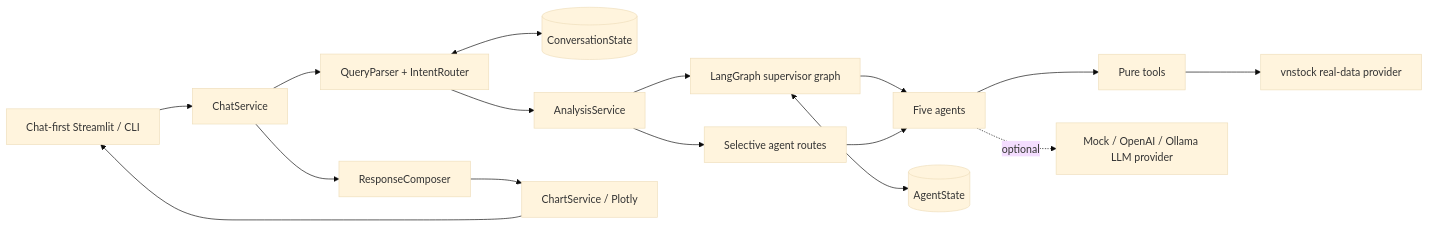
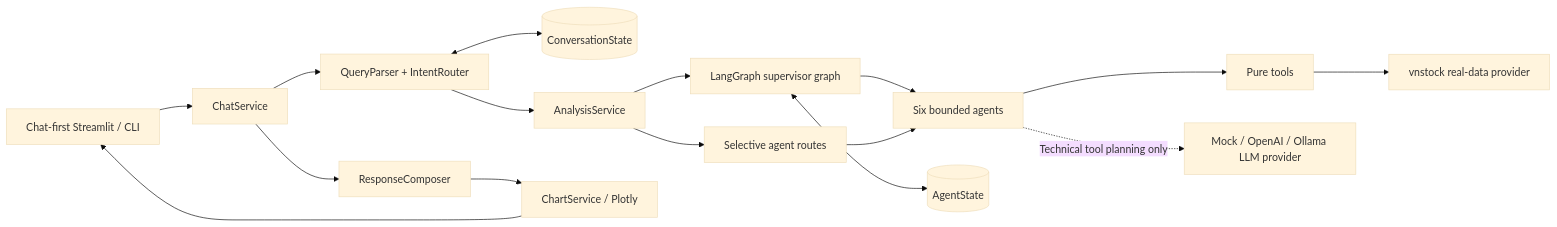
One commit to Dung1604005/vietnam-stock-research-agent changed the first of 2 diagrams in docs/architecture.md. Above: the diagram before and after it, drawn with Mermaid (base theme). The commit also changed other lines of this file and 27 other files, not shown here.

````diff
--- a/docs/architecture.md
+++ b/docs/architecture.md
@@ -7,18 +7,18 @@
 ```mermaid
 flowchart LR
     UI[Chat-first Streamlit / CLI] --> C[ChatService]
     C --> Q[QueryParser + IntentRouter]
     Q <--> M[(ConversationState)]
     Q --> S[AnalysisService]
     S --> G[LangGraph supervisor graph]
     S --> X[Selective agent routes]
-    G --> A[Five agents]
+    G --> A[Six bounded agents]
     X --> A
     A --> T[Pure tools]
     T --> P[vnstock real-data provider]
-    A -. optional .-> L[Mock / OpenAI / Ollama LLM provider]
+    A -. Technical tool planning only .-> L[Mock / OpenAI / Ollama LLM provider]
     G <--> ST[(AgentState)]
     C --> R[ResponseComposer]
     R --> CH[ChartService / Plotly]
     CH --> UI
 ```
````
